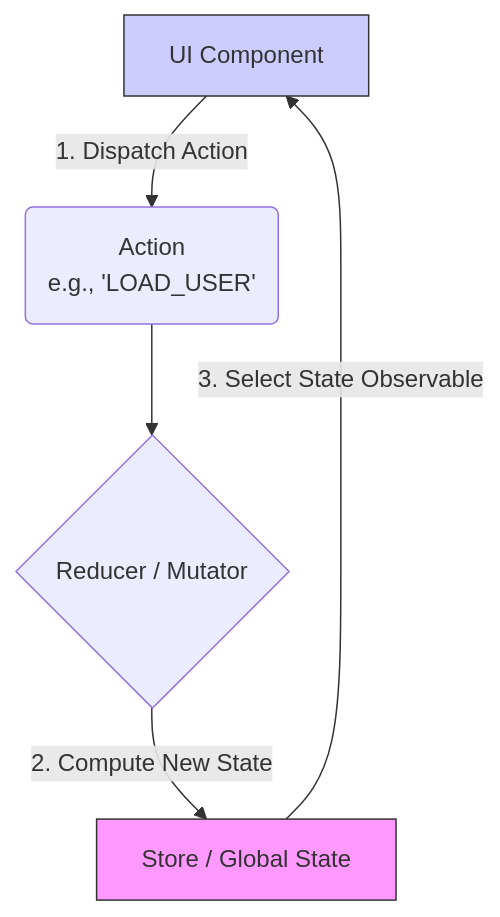
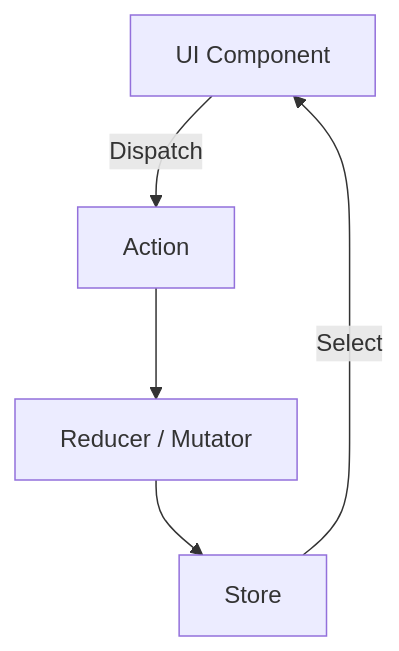
The second of 8 diagrams in design-system/frontend/angular.md (canonflow/system-design-playground), drawn with Mermaid before and after one commit. The commit also changed other lines of this file, not shown here.

````diff
--- a/design-system/frontend/angular.md
+++ b/design-system/frontend/angular.md
@@ -70,10 +102,7 @@
 ```mermaid
 graph TD
-    A[UI Component] -->|1. Dispatch Action| B(Action<br/>e.g., 'LOAD_USER')
-    B --> C{Reducer / Mutator}
-    C -->|2. Compute New State| D[Store / Global State]
-    D -->|3. Select State Observable| A
-
-    style D fill:#f9f,stroke:#333
-    style A fill:#ccf,stroke:#333
+    A[UI Component] -->|Dispatch| B[Action]
+    B --> C[Reducer / Mutator]
+    C --> D[Store]
+    D -->|Select| A
 ```
````
